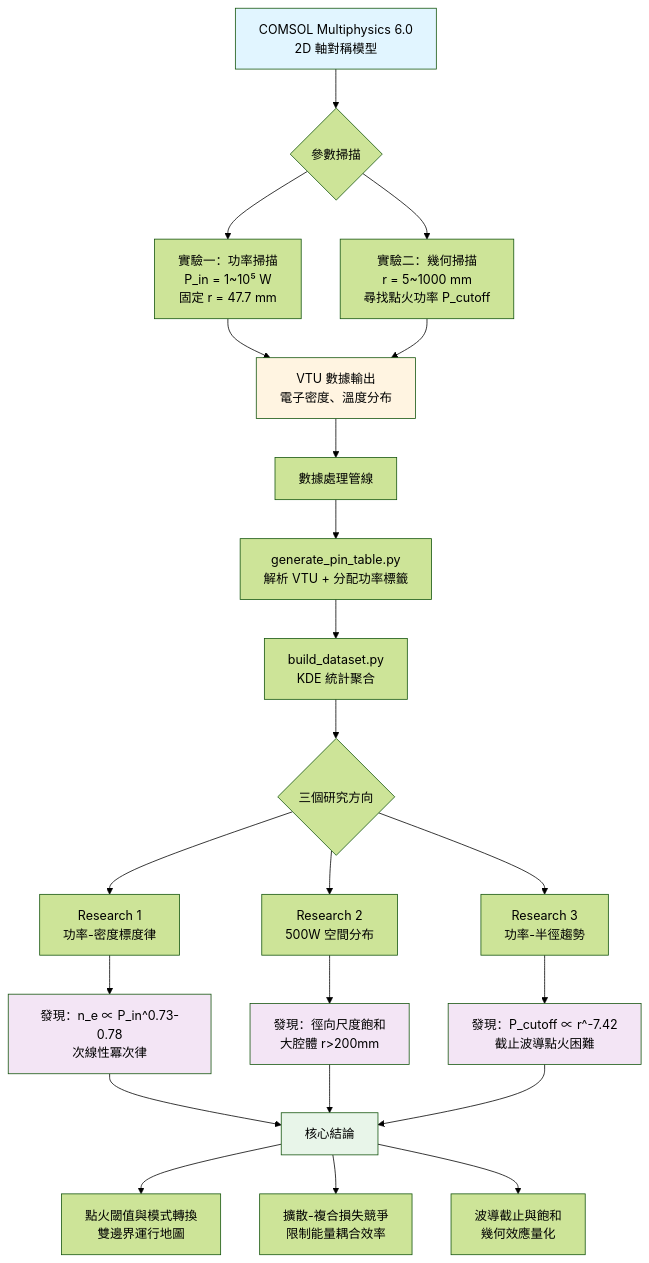
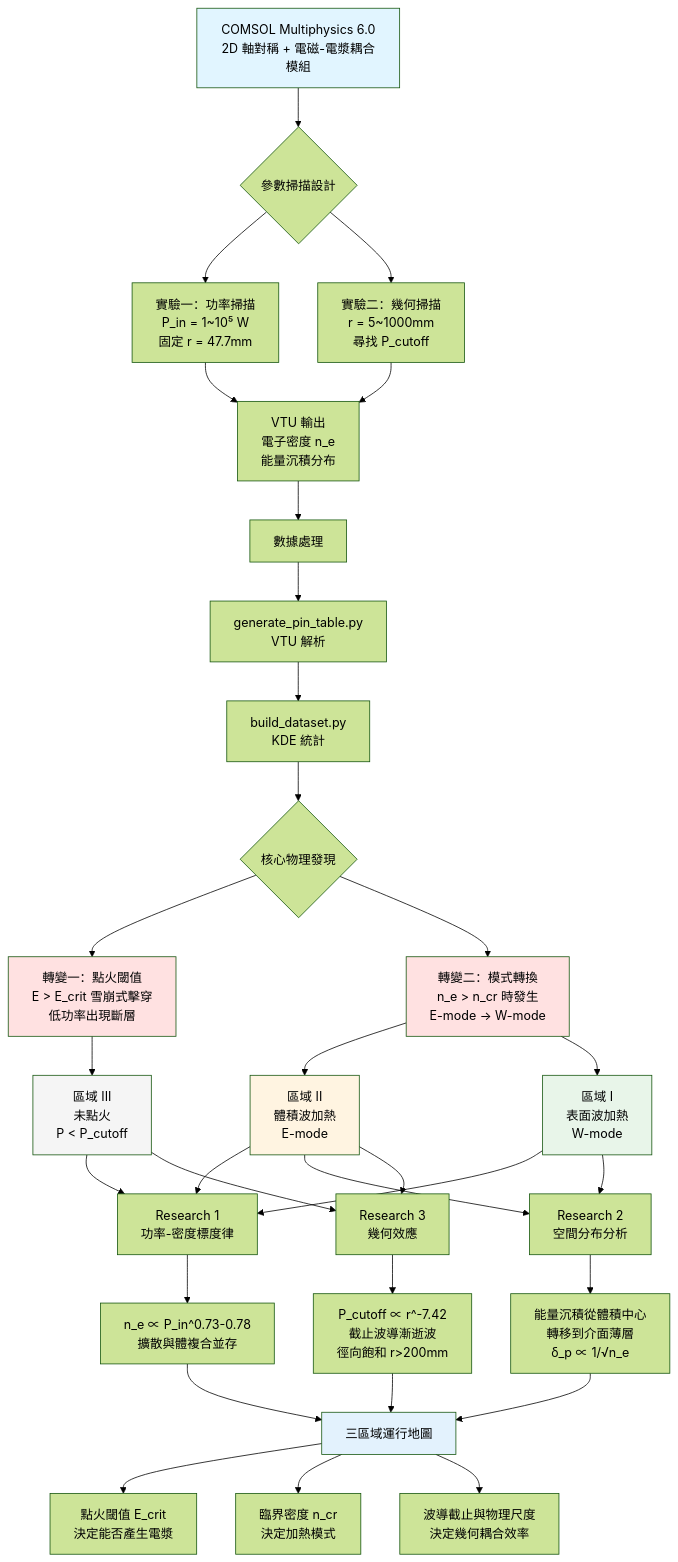
Before and after one commit to MaxChen228/research_h30520: the diagram in README.md, drawn with Mermaid (forest theme).

Commit message:
修正研究流程圖：突出點火閾值與模式轉換兩個核心物理機制

````diff
--- a/README.md
+++ b/README.md
@@ -20,39 +20,53 @@
 ```mermaid
 flowchart TD
-    A[COMSOL Multiphysics 6.0<br/>2D 軸對稱模型] --> B{參數掃描}
+    A[COMSOL Multiphysics 6.0<br/>2D 軸對稱 + 電磁-電漿耦合模組] --> B{參數掃描設計}
 
-    B --> C[實驗一：功率掃描<br/>P_in = 1~10⁵ W<br/>固定 r = 47.7 mm]
-    B --> D[實驗二：幾何掃描<br/>r = 5~1000 mm<br/>尋找點火功率 P_cutoff]
+    B --> C[實驗一：功率掃描<br/>P_in = 1~10⁵ W<br/>固定 r = 47.7mm]
+    B --> D[實驗二：幾何掃描<br/>r = 5~1000mm<br/>尋找 P_cutoff]
 
-    C --> E[VTU 數據輸出<br/>電子密度、溫度分布]
+    C --> E[VTU 輸出<br/>電子密度 n_e<br/>能量沉積分布]
     D --> E
 
-    E --> F[數據處理管線]
-    F --> F1[generate_pin_table.py<br/>解析 VTU + 分配功率標籤]
-    F1 --> F2[build_dataset.py<br/>KDE 統計聚合]
+    E --> F[數據處理]
+    F --> F1[generate_pin_table.py<br/>VTU 解析]
+    F1 --> F2[build_dataset.py<br/>KDE 統計]
 
-    F2 --> G{三個研究方向}
+    F2 --> G{核心物理發現}
 
-    G --> H[Research 1<br/>功率-密度標度律]
-    G --> I[Research 2<br/>500W 空間分布]
-    G --> J[Research 3<br/>功率-半徑趨勢]
+    G --> M1[轉變一：點火閾值<br/>E > E_crit 雪崩式擊穿<br/>低功率出現斷層]
+    G --> M2[轉變二：模式轉換<br/>n_e > n_cr 時發生<br/>E-mode → W-mode]
 
-    H --> H1[發現：n_e ∝ P_in^0.73-0.78<br/>次線性冪次律]
-    I --> I1[發現：徑向尺度飽和<br/>大腔體 r>200mm]
-    J --> J1[發現：P_cutoff ∝ r^-7.42<br/>截止波導點火困難]
+    M1 --> T1[區域 III<br/>未點火<br/>P < P_cutoff]
+    M2 --> T2[區域 II<br/>體積波加熱<br/>E-mode]
+    M2 --> T3[區域 I<br/>表面波加熱<br/>W-mode]
 
-    H1 --> K[核心結論]
-    I1 --> K
-    J1 --> K
+    T1 --> R1[Research 1<br/>功率-密度標度律]
+    T2 --> R1
+    T3 --> R1
 
-    K --> K1[點火閾值與模式轉換<br/>雙邊界運行地圖]
-    K --> K2[擴散-複合損失競爭<br/>限制能量耦合效率]
-    K --> K3[波導截止與飽和<br/>幾何效應量化]
+    T2 --> R2[Research 2<br/>空間分布分析]
+    T3 --> R2
+
+    T1 --> R3[Research 3<br/>幾何效應]
+    T2 --> R3
+
+    R1 --> S1[n_e ∝ P_in^0.73-0.78<br/>擴散與體複合並存]
+    R2 --> S2[能量沉積從體積中心<br/>轉移到介面薄層<br/>δ_p ∝ 1/√n_e]
+    R3 --> S3[P_cutoff ∝ r^-7.42<br/>截止波導漸逝波<br/>徑向飽和 r>200mm]
+
+    S1 --> K[三區域運行地圖]
+    S2 --> K
+    S3 --> K
+
+    K --> K1[點火閾值 E_crit<br/>決定能否產生電漿]
+    K --> K2[臨界密度 n_cr<br/>決定加熱模式]
+    K --> K3[波導截止與物理尺度<br/>決定幾何耦合效率]
 
     style A fill:#e1f5ff
-    style E fill:#fff4e1
-    style K fill:#e8f5e9
-    style H1 fill:#f3e5f5
-    style I1 fill:#f3e5f5
-    style J1 fill:#f3e5f5
+    style M1 fill:#ffe1e1
+    style M2 fill:#ffe1e1
+    style T1 fill:#f5f5f5
+    style T2 fill:#fff4e1
+    style T3 fill:#e8f5e9
+    style K fill:#e3f2fd
 ```
````
